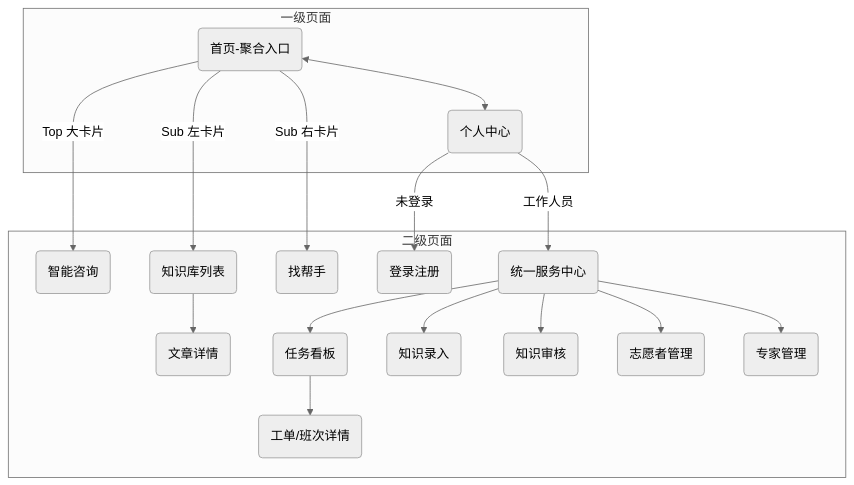
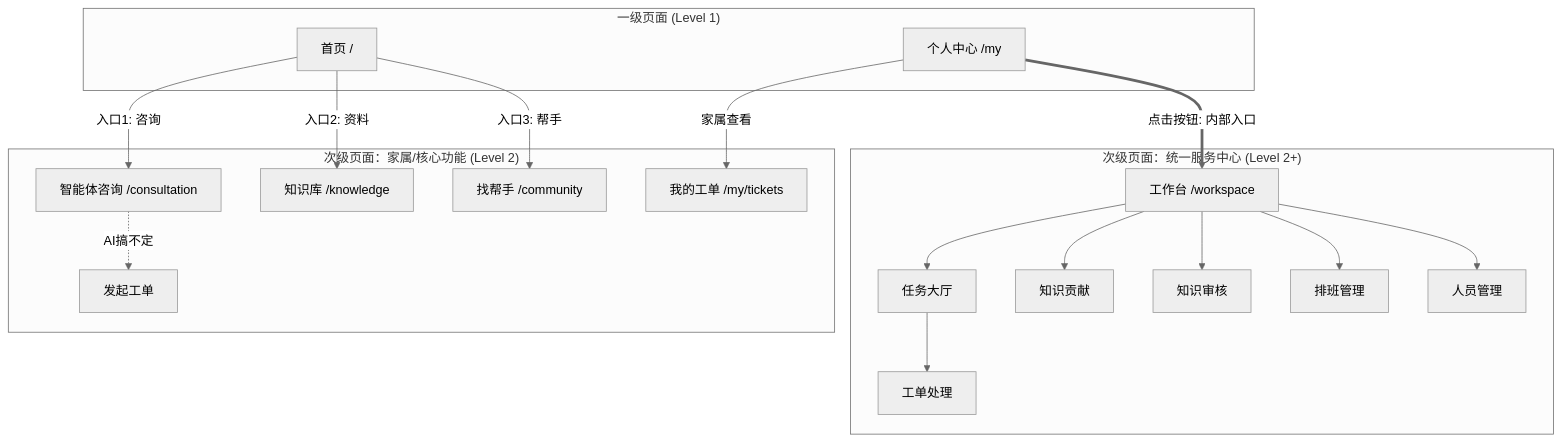
One commit to Young-Hearts-Agent-Platform-developer/Young-Hearts-Agent-Platform-frontend-react changed the diagram in docs/“心青年”智能体平台-前端界面设计方案.md. Above: the diagram before and after it, drawn with Mermaid (neutral theme). The commit also changed other lines of this file and 3 other files, not shown here.

````diff
--- a/docs/“心青年”智能体平台-前端界面设计方案.md
+++ b/docs/“心青年”智能体平台-前端界面设计方案.md
@@ -74,46 +98,46 @@
 ```mermaid
 graph TD
-  subgraph Level1 [一级页面]
-    Home(首页-聚合入口)
-    Profile(个人中心)
-  end
+    subgraph "一级页面 (Level 1)"
+        Home[首页 /]
+        User[个人中心 /my]
+    end
 
-  subgraph Level2 [二级页面]
-    Chat(智能咨询)
-    WikiList(知识库列表)
-    HelperWall(找帮手)
-    WikiDetail(文章详情)
+    subgraph "次级页面：家属/核心功能 (Level 2)"
+        Consult[智能体咨询 /consultation]
+        KB[知识库 /knowledge]
+        Experts[找帮手 /community]
+        MyTickets[我的工单 /my/tickets]
+        CreateTicket[发起工单]
+    end
+
+    subgraph "次级页面：统一服务中心 (Level 2+)"
+        Workspace[工作台 /workspace]
+        TaskBoard[任务大厅]
+        TicketHandle[工单处理]
+        Contribution[知识贡献]
+        Review[知识审核]
+        Schedule[排班管理]
+        AdminUser[人员管理]
+    end
+
+    %% 首页流转
+    Home -->|入口1: 咨询| Consult
+    Home -->|入口2: 资料| KB
+    Home -->|入口3: 帮手| Experts
     
-    Login(登录注册)
+    %% 咨询流转
+    Consult -.->|AI搞不定| CreateTicket
     
-    Dashboard(统一服务中心)
-    TaskBoard(任务看板)
-    TaskDetail(工单/班次详情)
-    Contrib(知识录入)
-    Review(知识审核)
-    VolManage(志愿者管理)
-    ExpManage(专家管理)
-  end
-
-  %% 底部导航连接
-  Home <--> Profile
-
-  %% 首页(家属)链路
-  Home -->|Top 大卡片| Chat
-  Home -->|Sub 左卡片| WikiList
-  Home -->|Sub 右卡片| HelperWall
-  WikiList --> WikiDetail
-
-  %% 个人中心链路
-  Profile -->|未登录| Login
-  Profile -->|工作人员| Dashboard
-  
-  %% 服务中心链路
-  Dashboard --> TaskBoard
-  Dashboard --> Contrib
-  Dashboard --> Review
-  Dashboard --> VolManage
-  Dashboard --> ExpManage
-  
-  TaskBoard --> TaskDetail
+    %% 个人中心流转
+    User -->|家属查看| MyTickets
+    User ==>|点击按钮: 内部入口| Workspace
+    
+    %% 服务中心内部流转
+    Workspace --> TaskBoard
+    Workspace --> Contribution
+    Workspace --> Review
+    Workspace --> Schedule
+    Workspace --> AdminUser
+    
+    TaskBoard --> TicketHandle
 ```
````
